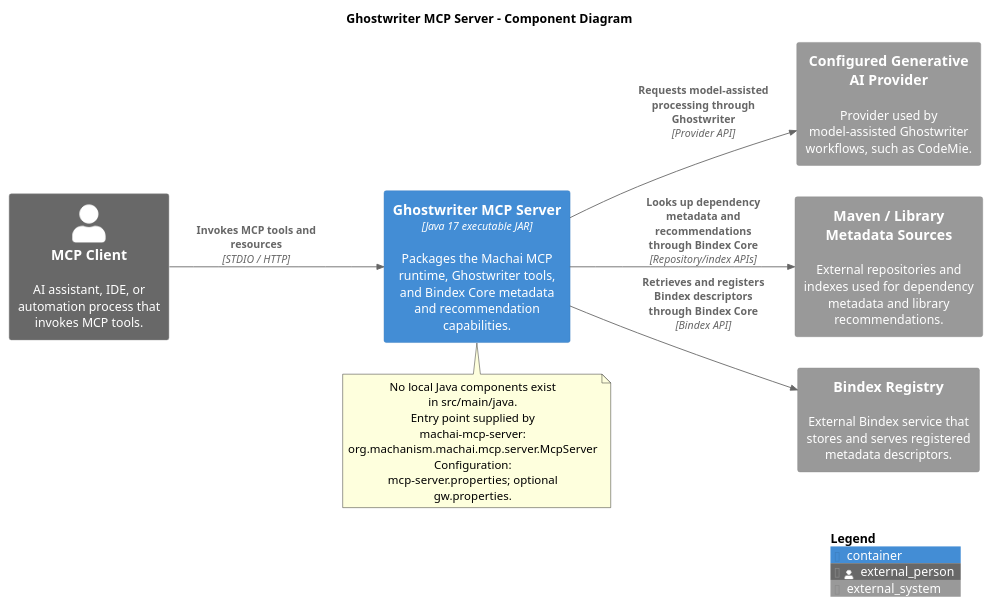
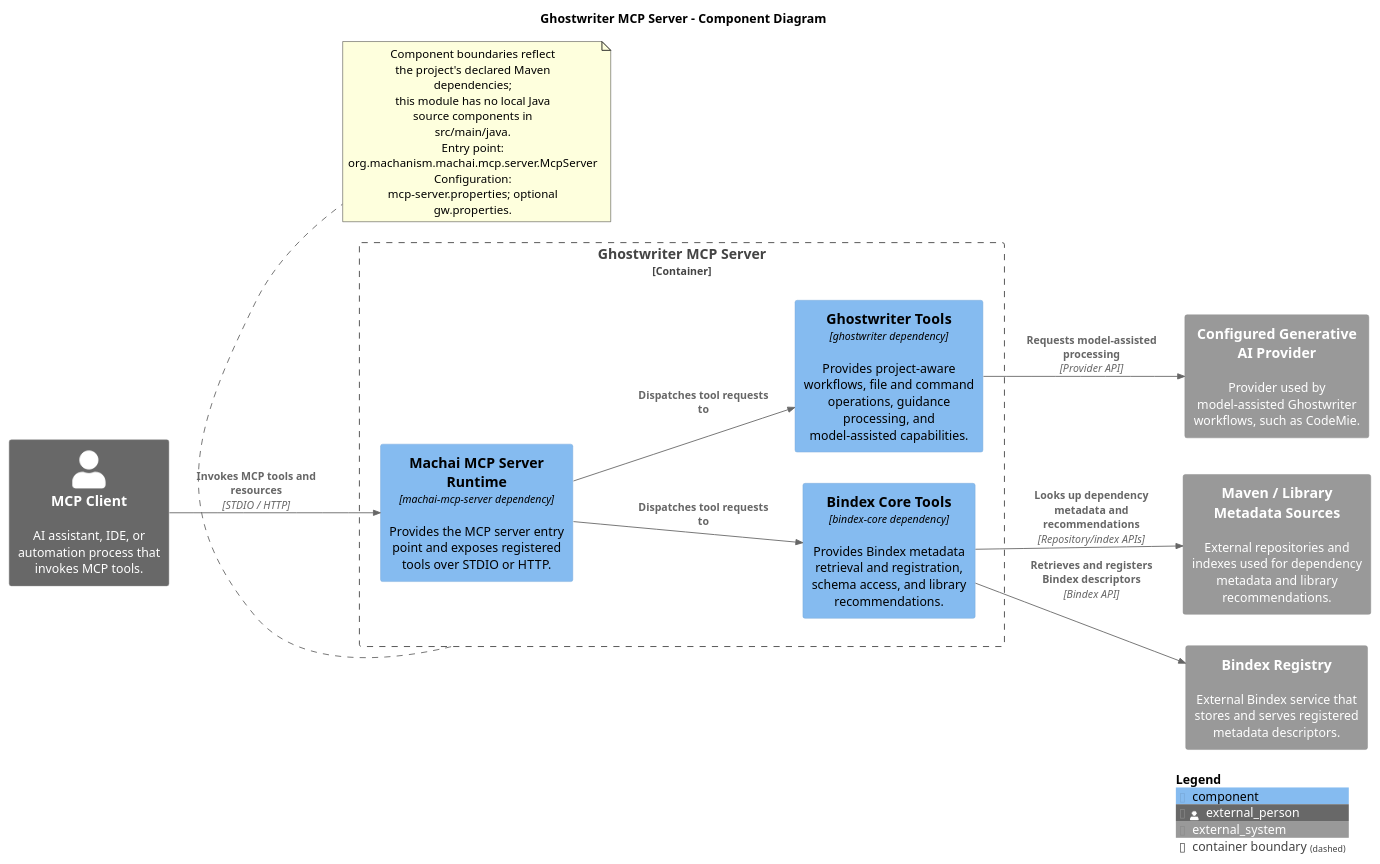
Before and after one commit to machanism-org/gw-mcp-server: the diagram in src/site/puml/c4-diagram.puml, drawn with PlantUML.

Commit message:
docs: decompose server components in C4 diagram
The C4 diagram now decomposes the executable JAR into the MCP runtime, Ghostwriter tools, and Bindex Core tools based on declared Maven dependencies.
Client requests are shown entering the runtime, which dispatches tool calls to the relevant dependency components.
External AI provider, package metadata, and Bindex Registry interactions are assigned to the components that perform them.

```diff
--- a/src/site/puml/c4-diagram.puml
+++ b/src/site/puml/c4-diagram.puml
@@ -11,31 +11,35 @@
 @startuml c4-diagram
 !include https://raw.githubusercontent.com/plantuml-stdlib/C4-PlantUML/master/C4_Component.puml
 
 LAYOUT_LEFT_RIGHT()
 
 title Ghostwriter MCP Server - Component Diagram
 
 Person_Ext(mcpClient, "MCP Client", "AI assistant, IDE, or automation process that invokes MCP tools.")
 
-' This module packages dependencies; src/main/java contains no local components.
-' Keep dependency internals out of scope rather than inventing a decomposition.
-Container(gwMcpServer, "Ghostwriter MCP Server", "Java 17 executable JAR", "Packages the Machai MCP runtime, Ghostwriter tools, and Bindex Core metadata and recommendation capabilities.")
-
-note bottom of gwMcpServer
-  No local Java components exist in src/main/java.
-  Entry point supplied by machai-mcp-server:
-  org.machanism.machai.mcp.server.McpServer
-  Configuration: mcp-server.properties; optional gw.properties.
-end note
+Container_Boundary(gwMcpServer, "Ghostwriter MCP Server", "Java 17 executable JAR") {
+  Component(mcpRuntime, "Machai MCP Server Runtime", "machai-mcp-server dependency", "Provides the MCP server entry point and exposes registered tools over STDIO or HTTP.")
+  Component(ghostwriterTools, "Ghostwriter Tools", "ghostwriter dependency", "Provides project-aware workflows, file and command operations, guidance processing, and model-assisted capabilities.")
+  Component(bindexCore, "Bindex Core Tools", "bindex-core dependency", "Provides Bindex metadata retrieval and registration, schema access, and library recommendations.")
+}
 
 System_Ext(genAiProvider, "Configured Generative AI Provider", "Provider used by model-assisted Ghostwriter workflows, such as CodeMie.")
 System_Ext(packageRepos, "Maven / Library Metadata Sources", "External repositories and indexes used for dependency metadata and library recommendations.")
 System_Ext(bindexRegistry, "Bindex Registry", "External Bindex service that stores and serves registered metadata descriptors.")
 
-Rel(mcpClient, gwMcpServer, "Invokes MCP tools and resources", "STDIO / HTTP")
-Rel(gwMcpServer, genAiProvider, "Requests model-assisted processing through Ghostwriter", "Provider API")
-Rel(gwMcpServer, packageRepos, "Looks up dependency metadata and recommendations through Bindex Core", "Repository/index APIs")
-Rel(gwMcpServer, bindexRegistry, "Retrieves and registers Bindex descriptors through Bindex Core", "Bindex API")
+Rel(mcpClient, mcpRuntime, "Invokes MCP tools and resources", "STDIO / HTTP")
+Rel(mcpRuntime, ghostwriterTools, "Dispatches tool requests to")
+Rel(mcpRuntime, bindexCore, "Dispatches tool requests to")
+Rel(ghostwriterTools, genAiProvider, "Requests model-assisted processing", "Provider API")
+Rel(bindexCore, packageRepos, "Looks up dependency metadata and recommendations", "Repository/index APIs")
+Rel(bindexCore, bindexRegistry, "Retrieves and registers Bindex descriptors", "Bindex API")
+
+note bottom of gwMcpServer
+  Component boundaries reflect the project's declared Maven dependencies;
+  this module has no local Java source components in src/main/java.
+  Entry point: org.machanism.machai.mcp.server.McpServer
+  Configuration: mcp-server.properties; optional gw.properties.
+end note
 
 SHOW_LEGEND()
 @enduml
```
